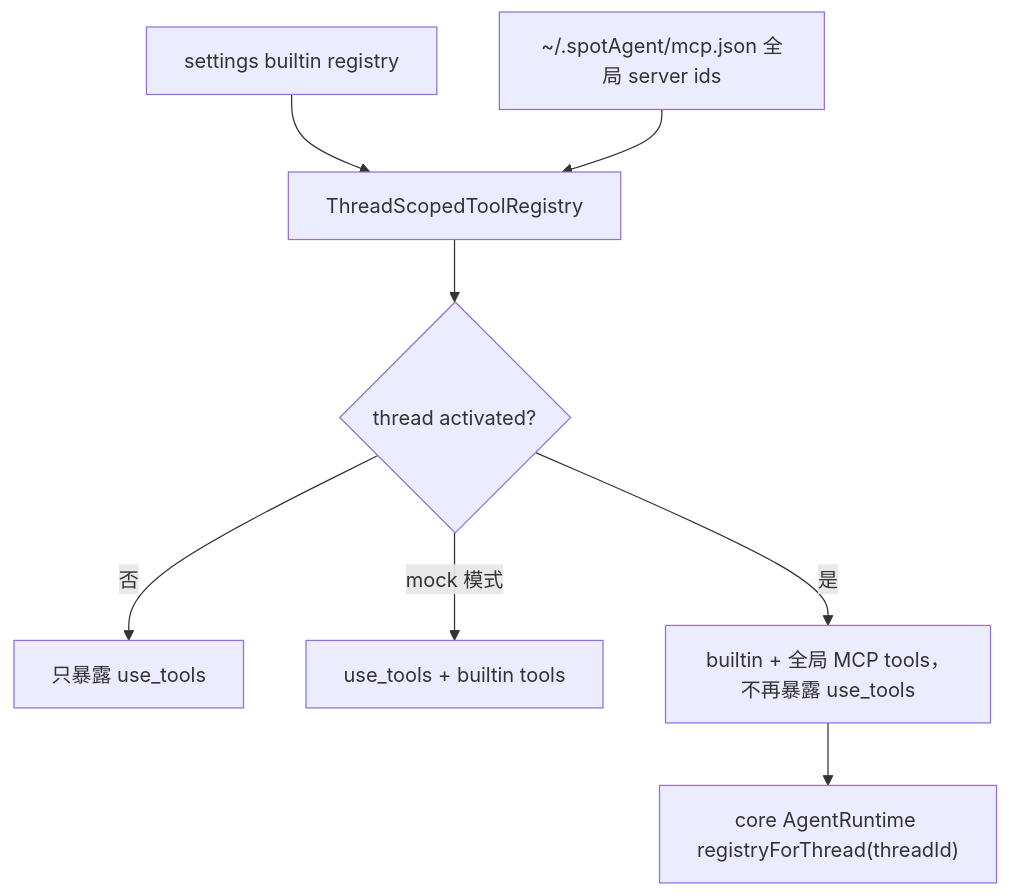
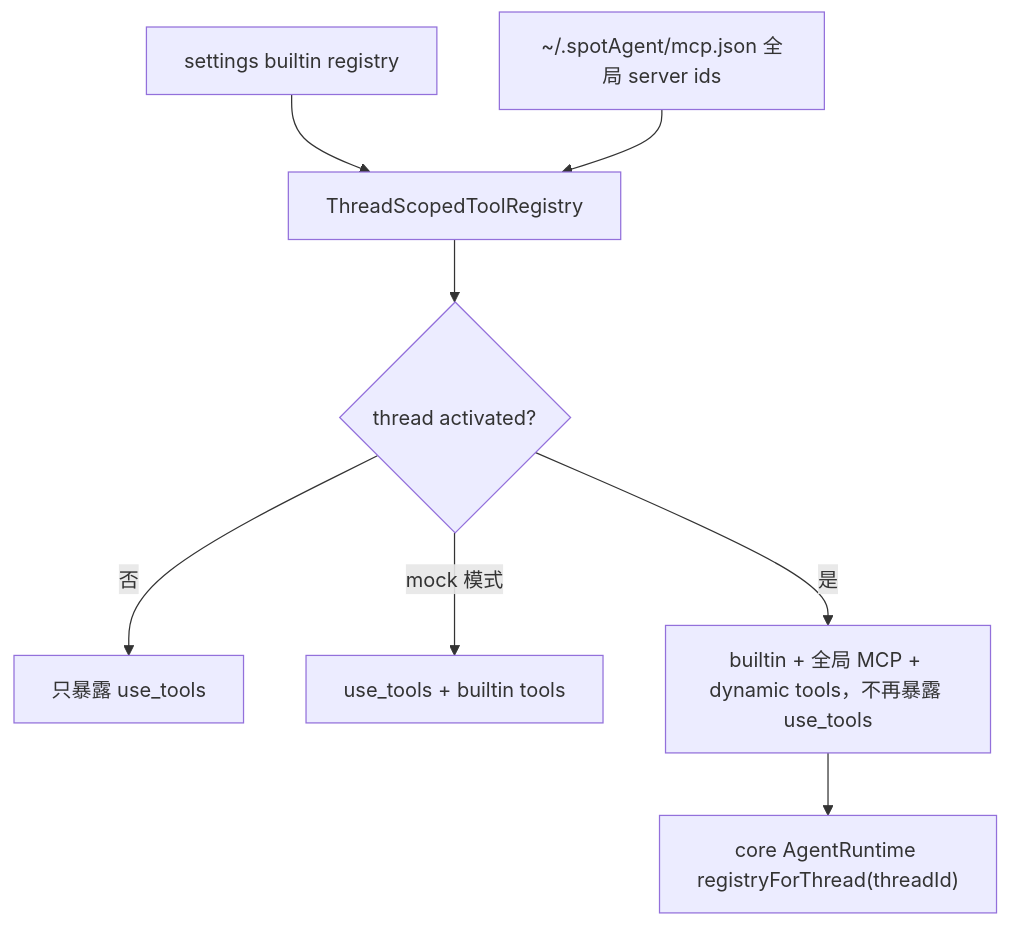
The diagram in apps/agent-server/src/actions/actions.md (Lixuhang987/Wisp-Pocket), drawn with Mermaid before and after one commit. The commit also changed other lines of this file and 115 other files, not shown here.

````diff
--- a/apps/agent-server/src/actions/actions.md
+++ b/apps/agent-server/src/actions/actions.md
@@ -17,10 +16,10 @@
 ```mermaid
 flowchart TD
   A["settings builtin registry"] --> D["ThreadScopedToolRegistry"]
   B["~/.spotAgent/mcp.json 全局 server ids"] --> D
   D --> E{"thread activated?"}
   E -- "否" --> F["只暴露 use_tools"]
   E -- "mock 模式" --> G["use_tools + builtin tools"]
-  E -- "是" --> H["builtin + 全局 MCP tools，不再暴露 use_tools"]
+  E -- "是" --> H["builtin + 全局 MCP + dynamic tools，不再暴露 use_tools"]
   H --> I["core AgentRuntime registryForThread(threadId)"]
 ```
````
